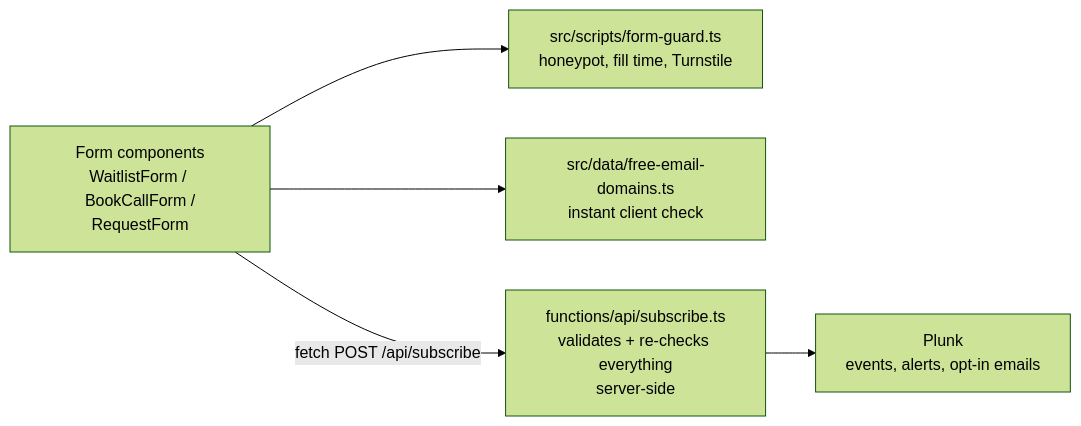
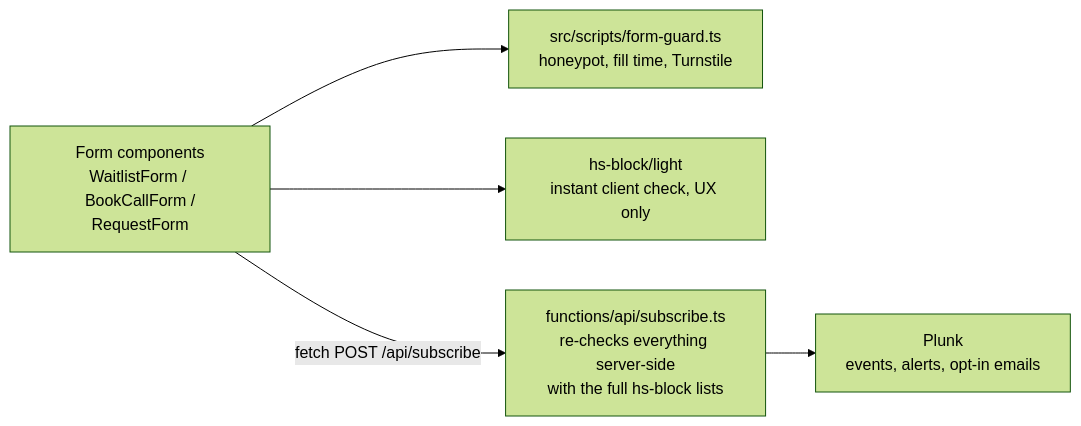
One commit to krnshrm/hubsell-website changed the fourth of 5 diagrams in docs/20260724-1425-CODEBASE-FLOWCHART.md. Above: the diagram before and after it, drawn with Mermaid (forest theme). The commit also changed 2 other files, not shown here.

Commit message:
Docs: record hs-block split, build guard, nav accordion and logo hover cards

````diff
--- a/docs/20260724-1425-CODEBASE-FLOWCHART.md
+++ b/docs/20260724-1425-CODEBASE-FLOWCHART.md
@@ -58,7 +58,7 @@
 ```mermaid
 flowchart LR
     FORMC["Form components<br/>WaitlistForm / BookCallForm /<br/>RequestForm"] --> GUARD["src/scripts/form-guard.ts<br/>honeypot, fill time, Turnstile"]
-    FORMC --> CHECK["src/data/free-email-domains.ts<br/>instant client check"]
-    FORMC -- "fetch POST /api/subscribe" --> FN["functions/api/subscribe.ts<br/>validates + re-checks everything<br/>server-side"]
+    FORMC --> CHECK["hs-block/light<br/>instant client check, UX only"]
+    FORMC -- "fetch POST /api/subscribe" --> FN["functions/api/subscribe.ts<br/>re-checks everything server-side<br/>with the full hs-block lists"]
     FN --> PLUNK["Plunk<br/>events, alerts, opt-in emails"]
 ```
````
